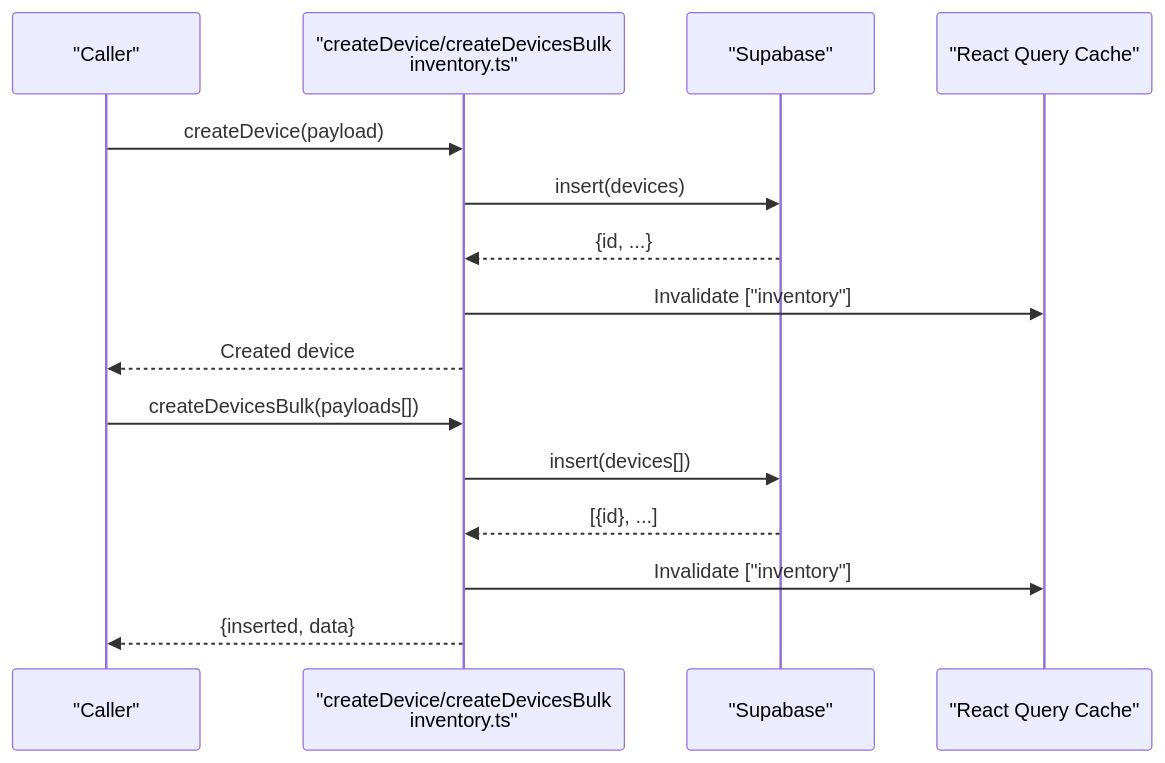
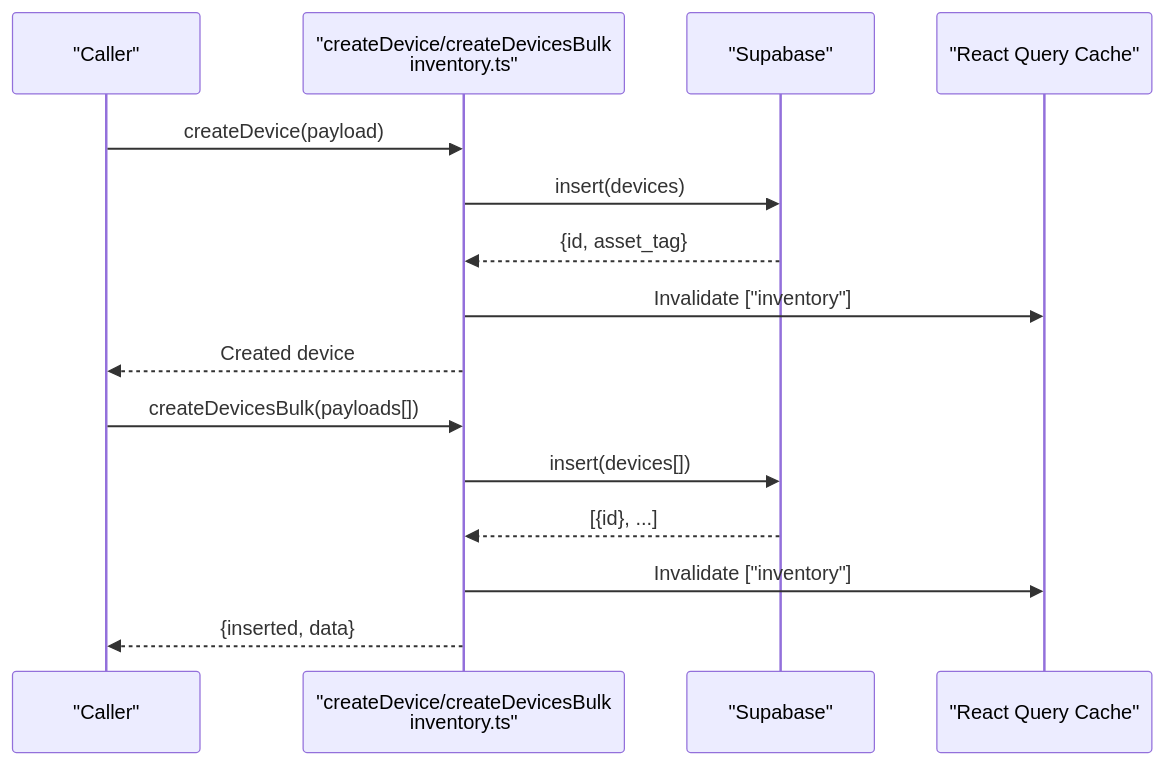
Before and after one commit to gastaldellomarco/pcReady: the fifth of 14 diagrams in .qoder/repowiki/en/content/Device Management System/Device Inventory Tracking.md, drawn with Mermaid. The commit also changed other lines of this file and 15 other files, not shown here.

````diff
--- a/.qoder/repowiki/en/content/Device Management System/Device Inventory Tracking.md
+++ b/.qoder/repowiki/en/content/Device Management System/Device Inventory Tracking.md
@@ -278,17 +320,17 @@
 ```mermaid
 sequenceDiagram
 participant C as "Caller"
 participant Q as "createDevice/createDevicesBulk<br/>inventory.ts"
 participant S as "Supabase"
 participant RQ as "React Query Cache"
 C->>Q : createDevice(payload)
 Q->>S : insert(devices)
-S-->>Q : {id, ...}
+S-->>Q : {id, asset_tag}
 Q->>RQ : Invalidate ["inventory"]
 Q-->>C : Created device
 C->>Q : createDevicesBulk(payloads[])
 Q->>S : insert(devices[])
 S-->>Q : [{id}, ...]
 Q->>RQ : Invalidate ["inventory"]
 Q-->>C : {inserted, data}
 ```
````
